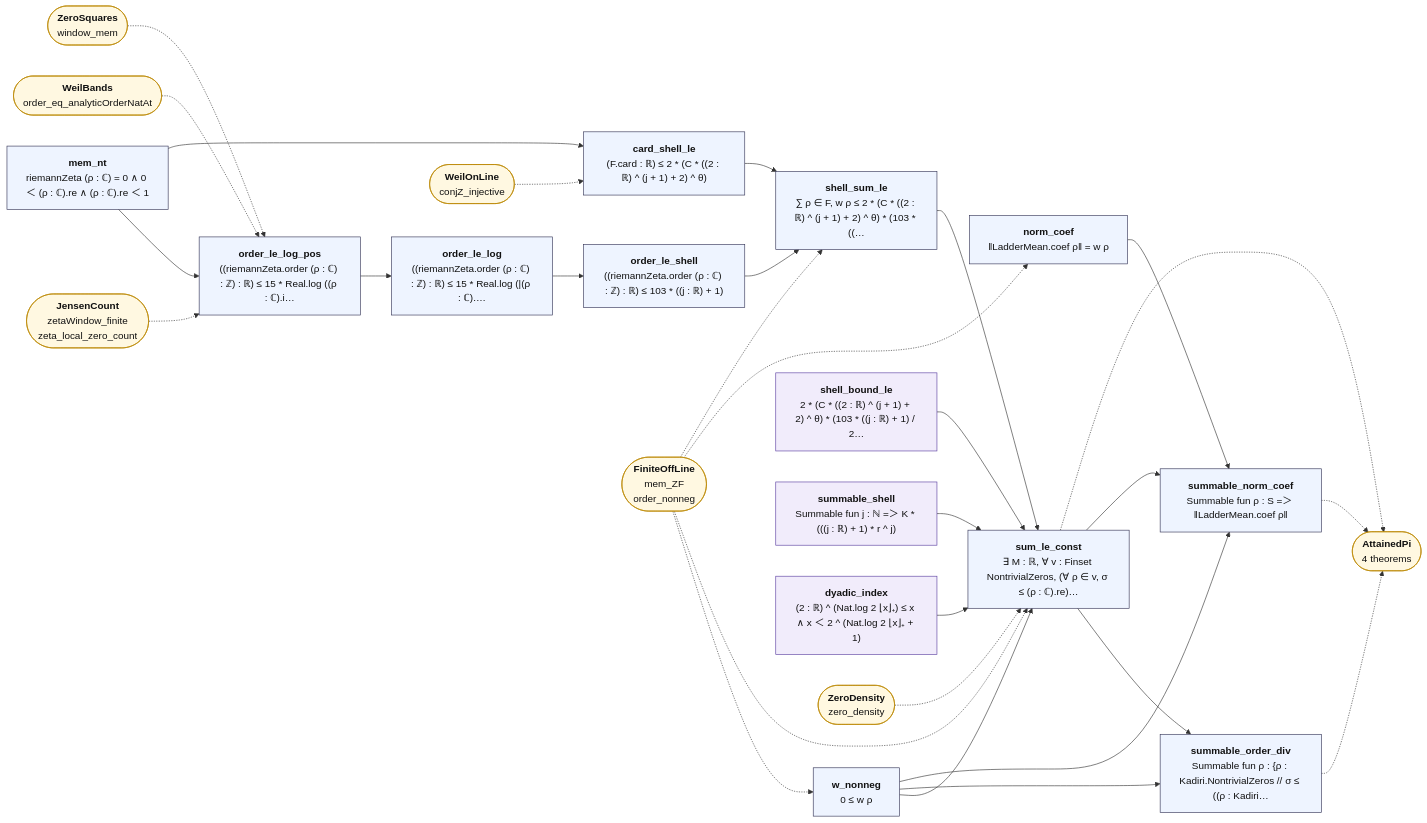
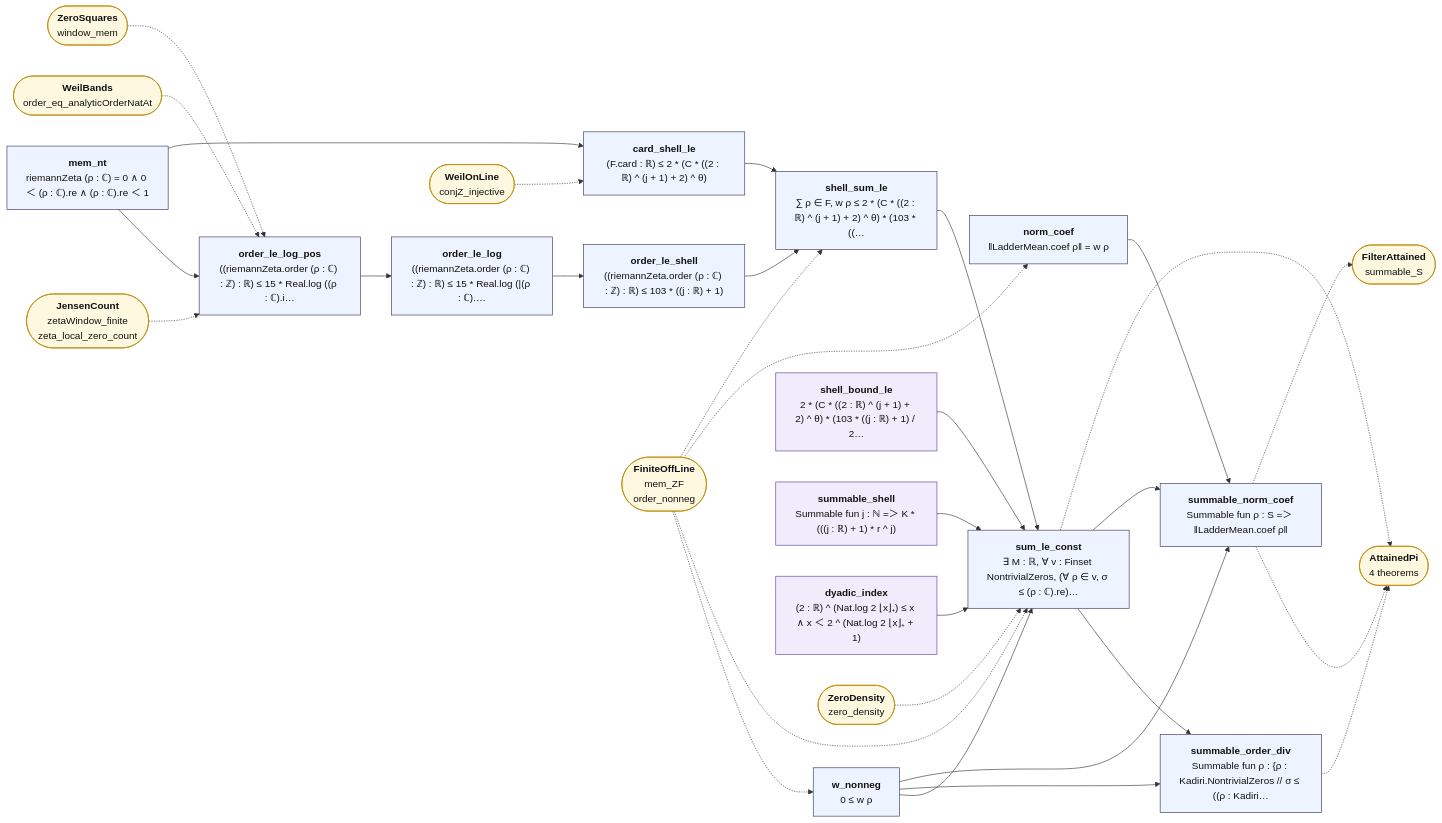
Before and after one commit to juliansambranojr/Primebeat_081426: the diagram in map/lean_stage3/ZeroSummable.mmd, drawn with Mermaid. The commit also changed 36 other files, not shown here.

First line of the commit message:
Block S2: a rate attained under some filter contradicts the ladder bound (unit 0467)

```diff
--- a/map/lean_stage3/ZeroSummable.mmd
+++ b/map/lean_stage3/ZeroSummable.mmd
@@ -1,58 +1,60 @@
 flowchart LR
   n0["<b>w_nonneg</b><br/>0 ≤ w ρ"]:::thm
   n1["<b>mem_nt</b><br/>riemannZeta (ρ : ℂ) = 0 ∧ 0 ＜ (ρ : ℂ).re ∧ (ρ : ℂ).re ＜ 1"]:::thm
   n2["<b>order_le_log_pos</b><br/>((riemannZeta.order (ρ : ℂ) : ℤ) : ℝ) ≤ 15 * Real.log ((ρ : ℂ).i…"]:::thm
   n3["<b>order_le_log</b><br/>((riemannZeta.order (ρ : ℂ) : ℤ) : ℝ) ≤ 15 * Real.log (|(ρ : ℂ).…"]:::thm
   n4["<b>order_le_shell</b><br/>((riemannZeta.order (ρ : ℂ) : ℤ) : ℝ) ≤ 103 * ((j : ℝ) + 1)"]:::thm
   n5["<b>card_shell_le</b><br/>(F.card : ℝ) ≤ 2 * (C * ((2 : ℝ) ^ (j + 1) + 2) ^ θ)"]:::thm
   n6["<b>shell_sum_le</b><br/>∑ ρ ∈ F, w ρ ≤ 2 * (C * ((2 : ℝ) ^ (j + 1) + 2) ^ θ) * (103 * ((…"]:::thm
   n7["<b>shell_bound_le</b><br/>2 * (C * ((2 : ℝ) ^ (j + 1) + 2) ^ θ) * (103 * ((j : ℝ) + 1) / 2…"]:::shp
   n8["<b>summable_shell</b><br/>Summable fun j : ℕ =＞ K * (((j : ℝ) + 1) * r ^ j)"]:::shp
   n9["<b>dyadic_index</b><br/>(2 : ℝ) ^ (Nat.log 2 ⌊x⌋₊) ≤ x ∧ x ＜ 2 ^ (Nat.log 2 ⌊x⌋₊ + 1)"]:::shp
   n10["<b>sum_le_const</b><br/>∃ M : ℝ, ∀ v : Finset NontrivialZeros, (∀ ρ ∈ v, σ ≤ (ρ : ℂ).re)…"]:::thm
   n11["<b>summable_order_div</b><br/>Summable fun ρ : {ρ : Kadiri.NontrivialZeros // σ ≤ ((ρ : Kadiri…"]:::thm
   n12["<b>norm_coef</b><br/>‖LadderMean.coef ρ‖ = w ρ"]:::thm
   n13["<b>summable_norm_coef</b><br/>Summable fun ρ : S =＞ ‖LadderMean.coef ρ‖"]:::thm
   x0(["<b>FiniteOffLine</b><br/>mem_ZF<br/>order_nonneg"]):::ext
   x1(["<b>JensenCount</b><br/>zetaWindow_finite<br/>zeta_local_zero_count"]):::ext
   x2(["<b>WeilBands</b><br/>order_eq_analyticOrderNatAt"]):::ext
   x3(["<b>ZeroSquares</b><br/>window_mem"]):::ext
   x4(["<b>WeilOnLine</b><br/>conjZ_injective"]):::ext
   x5(["<b>ZeroDensity</b><br/>zero_density"]):::ext
   x6(["<b>AttainedPi</b><br/>4 theorems"]):::ext
+  x7(["<b>FilterAttained</b><br/>summable_S"]):::ext
   n0 --> n10
   n0 --> n11
   n0 --> n13
   n1 --> n2
   n1 --> n5
   n10 --> n11
   n10 --> n13
   n12 --> n13
   n2 --> n3
   n3 --> n4
   n4 --> n6
   n5 --> n6
   n6 --> n10
   n7 --> n10
   n8 --> n10
   n9 --> n10
   n10 -.-> x6
   n11 -.-> x6
   n13 -.-> x6
+  n13 -.-> x7
   x0 -.-> n0
   x0 -.-> n10
   x0 -.-> n12
   x0 -.-> n6
   x1 -.-> n2
   x2 -.-> n2
   x3 -.-> n2
   x4 -.-> n5
   x5 -.-> n10
   classDef cnt fill:#dff5ec,stroke:#17694a,color:#111
   classDef shp fill:#f1ecfb,stroke:#5b3fa0,color:#111
   classDef rh fill:#ffe5e5,stroke:#c22,color:#111,stroke-width:2px
   classDef thm fill:#eef4ff,stroke:#335,color:#111
   classDef end_ fill:#e7f7e7,stroke:#2a7,color:#111,stroke-width:2px
   classDef lone fill:#fff,stroke:#999,color:#111,stroke-dasharray:4 3
   classDef bad fill:#ffe5e5,stroke:#c22,color:#111,stroke-width:2px
   classDef ext fill:#fff8e1,stroke:#b80,color:#111
```
